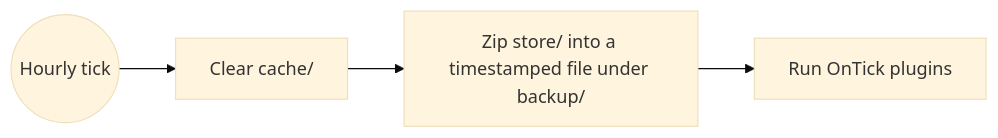
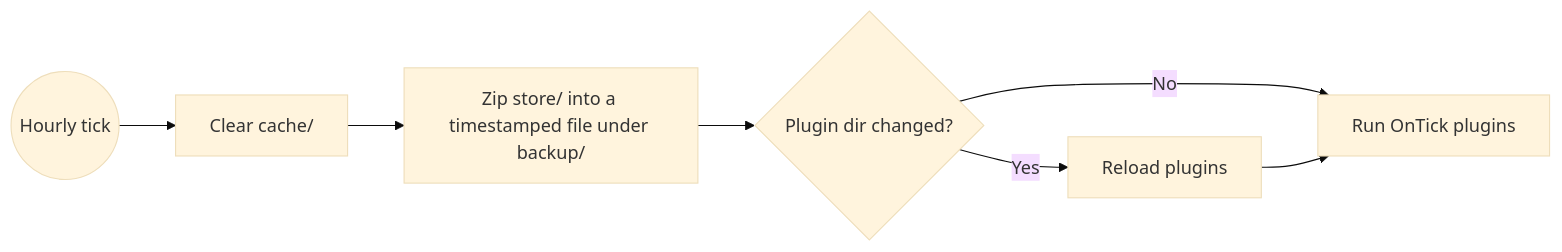
The fourth of 4 diagrams in README.md (KilroyWasHere-cs-j/Dewey), drawn with Mermaid (base theme) before and after one commit. The commit also changed other lines of this file and 3 other files, not shown here.

First line of the commit message:
Wire plugin reload into the daemon tick and an admin route

````diff
--- a/README.md
+++ b/README.md
@@ -131,6 +131,9 @@
 ```mermaid
 flowchart LR
     T(("Hourly tick")) --> A["Clear cache/"]
     A --> B["Zip store/ into a timestamped file under backup/"]
-    B --> C["Run OnTick plugins"]
+    B --> D{"Plugin dir changed?"}
+    D -- Yes --> E["Reload plugins"]
+    D -- No --> C
+    E --> C["Run OnTick plugins"]
 ```
````
